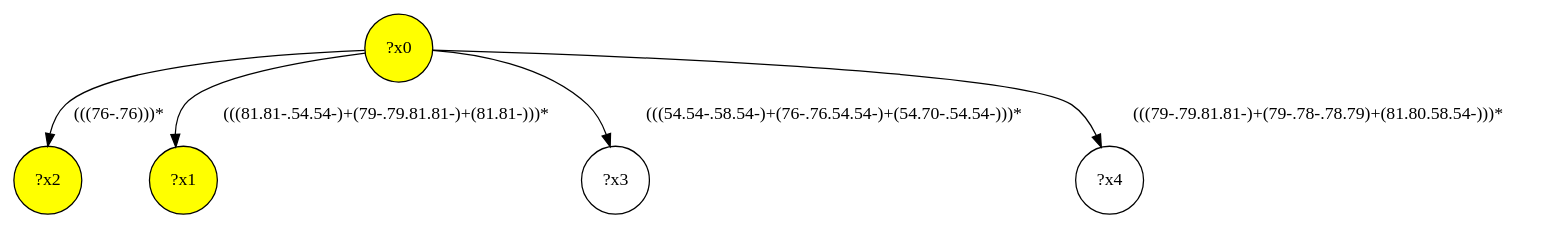
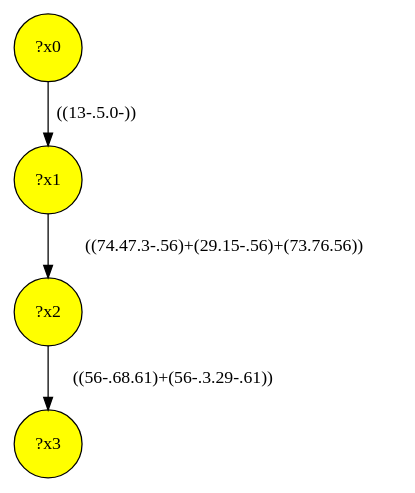
Before and after one commit to gbagan/gmark: the diagram in demo/shop/shop-interface/query-6.dot, drawn with Graphviz. The commit also changed 708 other files, not shown here.

```diff
--- a/demo/shop/shop-interface/query-6.dot
+++ b/demo/shop/shop-interface/query-6.dot
@@ -1,11 +1,9 @@
 digraph g {
+	x1 [fillcolor="yellow", style="filled," shape=circle, label="?x1"];
 	x0 [fillcolor="yellow", style="filled," shape=circle, label="?x0"];
+	x3 [fillcolor="yellow", style="filled," shape=circle, label="?x3"];
 	x2 [fillcolor="yellow", style="filled," shape=circle, label="?x2"];
-	x1 [fillcolor="yellow", style="filled," shape=circle, label="?x1"];
-	x0 -> x1 [label="(((81.81-.54.54-)+(79-.79.81.81-)+(81.81-)))*"];
-	x0 -> x2 [label="(((76-.76)))*"];
-	x3 [shape=circle, label="?x3"];
-	x0 -> x3 [label="(((54.54-.58.54-)+(76-.76.54.54-)+(54.70-.54.54-)))*"];
-	x4 [shape=circle, label="?x4"];
-	x0 -> x4 [label="(((79-.79.81.81-)+(79-.78-.78.79)+(81.80.58.54-)))*"];
+	x0 -> x1 [label="((13-.5.0-))"];
+	x1 -> x2 [label="((74.47.3-.56)+(29.15-.56)+(73.76.56))"];
+	x2 -> x3 [label="((56-.68.61)+(56-.3.29-.61))"];
 }
```
